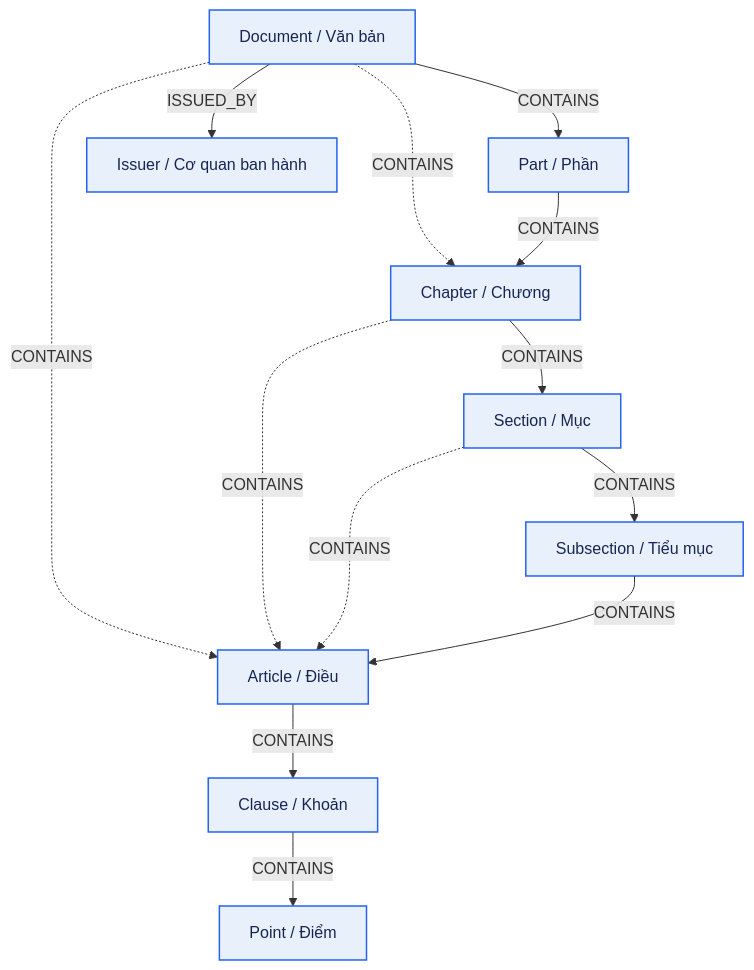
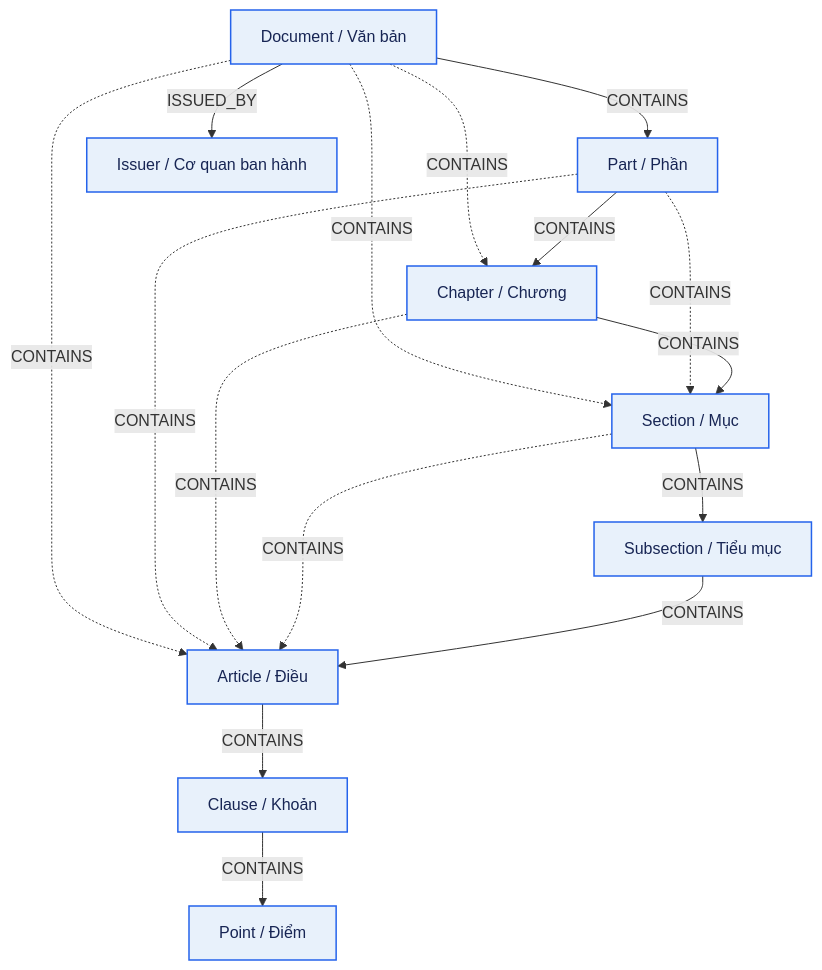
Before and after one commit to legal-graphrag-platform-vn/legal-graphrag-platform-vn: the first of 2 diagrams in docs/report/vbpl_structural_relationships.md, drawn with Mermaid. The commit also changed other lines of this file and 13 other files, not shown here.

Commit message:
fix(ontology): sync Neo4j schema v1.12

````diff
--- a/docs/report/vbpl_structural_relationships.md
+++ b/docs/report/vbpl_structural_relationships.md
@@ -79,33 +79,36 @@
 ```mermaid
 flowchart TB
     D["Document / Văn bản"]
     P["Part / Phần"]
     C["Chapter / Chương"]
     S["Section / Mục"]
     SS["Subsection / Tiểu mục"]
     A["Article / Điều"]
     CL["Clause / Khoản"]
     PT["Point / Điểm"]
     I["Issuer / Cơ quan ban hành"]
 
     D -->|ISSUED_BY| I
 
     D -->|CONTAINS| P
     D -.->|CONTAINS| C
+    D -.->|CONTAINS| S
     D -.->|CONTAINS| A
 
     P -->|CONTAINS| C
+    P -.->|CONTAINS| S
+    P -.->|CONTAINS| A
 
     C -->|CONTAINS| S
     C -.->|CONTAINS| A
 
     S -->|CONTAINS| SS
     S -.->|CONTAINS| A
 
     SS -->|CONTAINS| A
     A -->|CONTAINS| CL
     CL -->|CONTAINS| PT
 
     classDef current fill:#e8f1fb,stroke:#2563eb,color:#172554,stroke-width:1.5px;
     class D,P,C,S,SS,A,CL,PT,I current;
 ```
````
